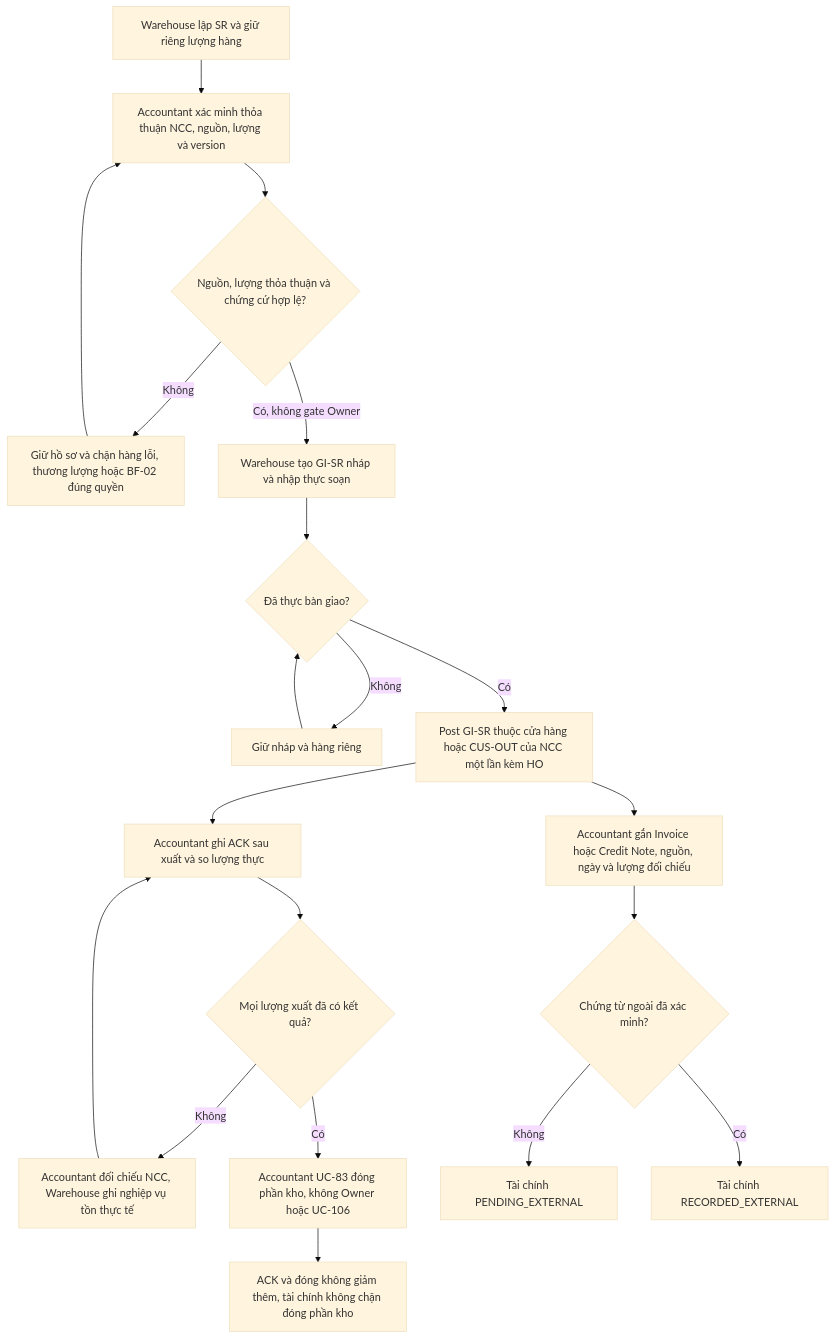
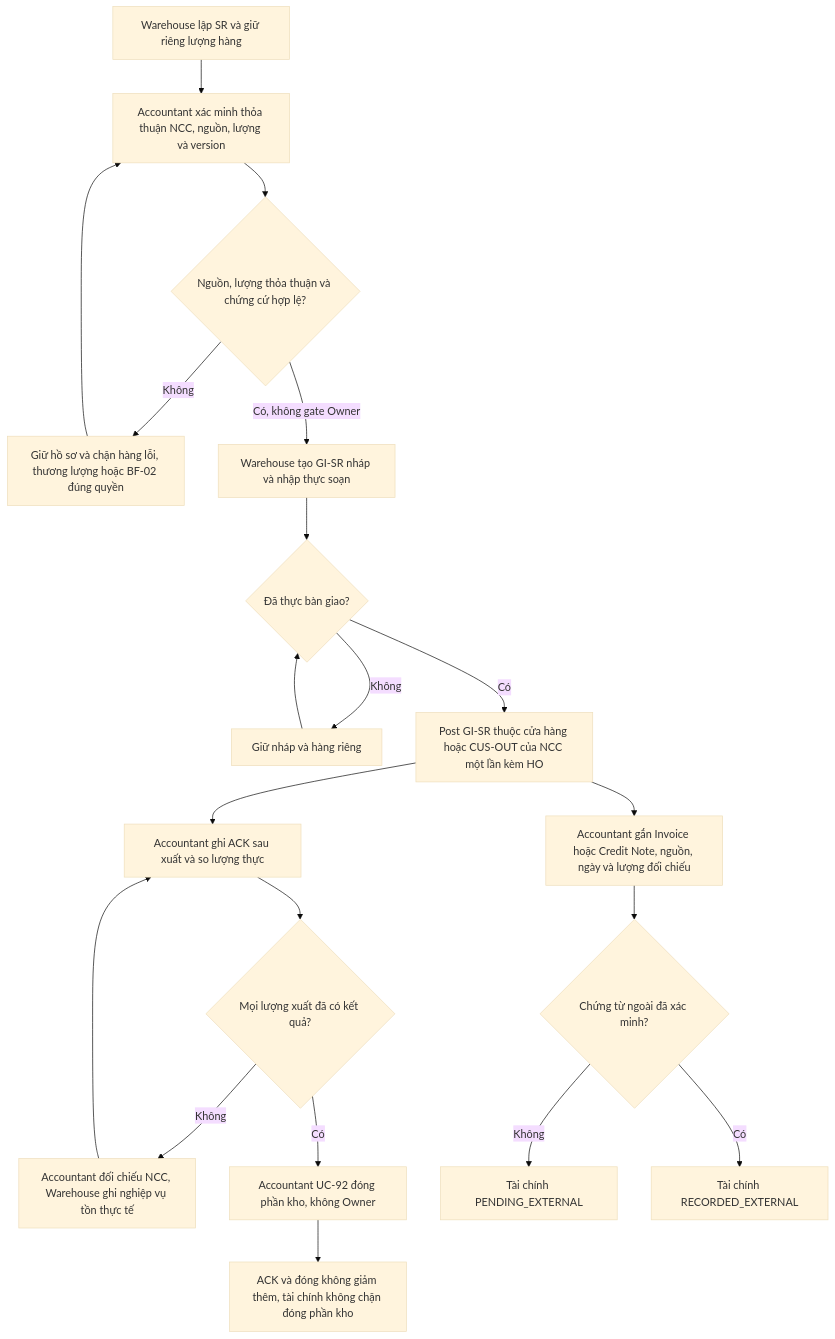
Before and after one commit to minhoa2005/building-material-management: the ninth of 9 diagrams in git_doc/docs/02_nghiep_vu/de_xuat_quy_trinh_2_VI.md, drawn with Mermaid (base theme). The commit also changed other lines of this file and 13 other files, not shown here.

````diff
--- a/git_doc/docs/02_nghiep_vu/de_xuat_quy_trinh_2_VI.md
+++ b/git_doc/docs/02_nghiep_vu/de_xuat_quy_trinh_2_VI.md
@@ -943,23 +938,23 @@
 ```mermaid
 %% WMSD business baseline 3.1.0 - synchronized 2026-10-25
 flowchart TD
  A[Warehouse lập SR và giữ riêng lượng hàng] --> B[Accountant xác minh thỏa thuận NCC, nguồn, lượng và version]
  B --> C{Nguồn, lượng thỏa thuận và chứng cứ hợp lệ?}
  C -->|Không| D[Giữ hồ sơ và chặn hàng lỗi, thương lượng hoặc BF-02 đúng quyền]
  D --> B
  C -->|Có, không gate Owner| G[Warehouse tạo GI-SR nháp và nhập thực soạn]
  G --> H{Đã thực bàn giao?}
  H -->|Không| W[Giữ nháp và hàng riêng]
  W --> H
  H -->|Có| I[Post GI-SR thuộc cửa hàng hoặc CUS-OUT của NCC một lần kèm HO]
  I --> J[Accountant ghi ACK sau xuất và so lượng thực]
  J --> K{Mọi lượng xuất đã có kết quả?}
  K -->|Không| M[Accountant đối chiếu NCC, Warehouse ghi nghiệp vụ tồn thực tế]
  M --> J
- K -->|Có| L[Accountant UC-83 đóng phần kho, không Owner hoặc UC-106]
+ K -->|Có| L[Accountant UC-92 đóng phần kho, không Owner]
  I --> N[Accountant gắn Invoice hoặc Credit Note, nguồn, ngày và lượng đối chiếu]
  N --> N2{Chứng từ ngoài đã xác minh?}
  N2 -->|Không| N3[Tài chính PENDING_EXTERNAL]
  N2 -->|Có| N4[Tài chính RECORDED_EXTERNAL]
  L --> Z[ACK và đóng không giảm thêm, tài chính không chặn đóng phần kho]
 ```
````
